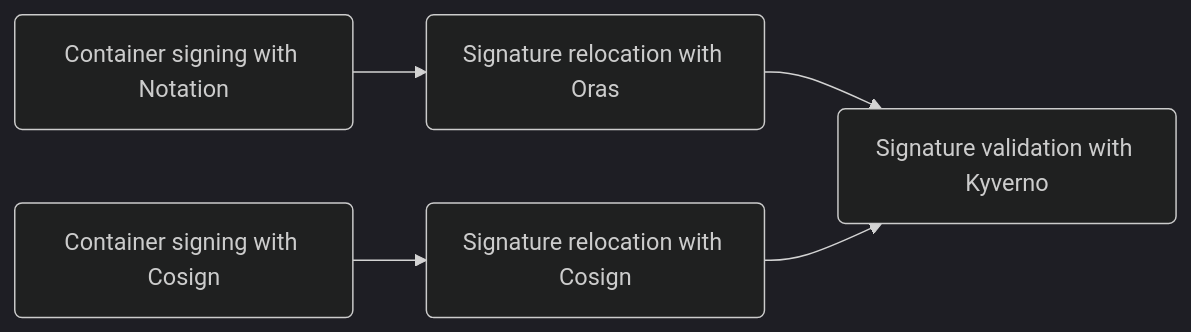
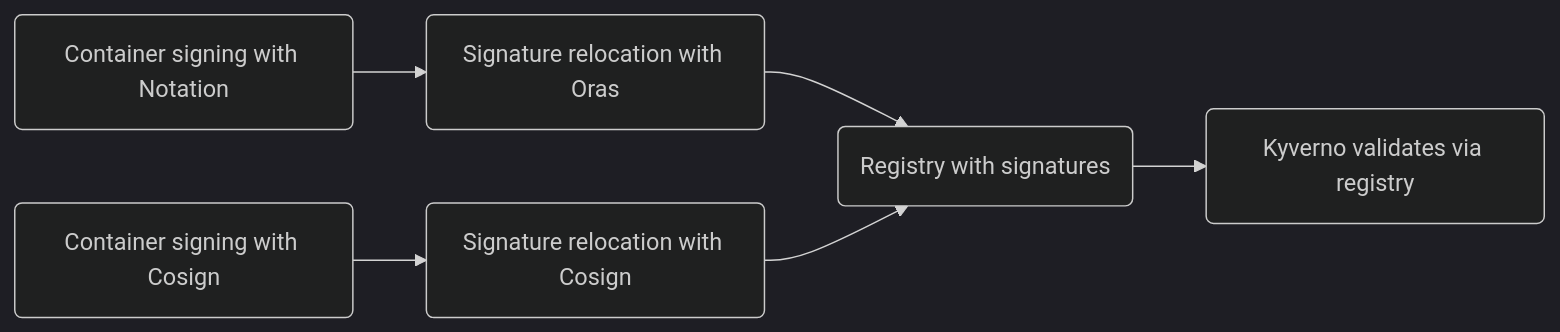
Before and after one commit to tuminoid/container-signing-poc: the first of 3 diagrams in README.md, drawn with Mermaid (dark theme). The commit also changed other lines of this file, not shown here.

First line of the commit message:
add more mermaid diagrams

````diff
--- a/README.md
+++ b/README.md
@@ -13,13 +30,15 @@
 ```mermaid
 flowchart LR
    notation(Container signing with Notation)
    oras(Signature relocation with Oras)
-   kyverno(Signature validation with Kyverno)
    cosign_signing(Container signing with Cosign)
    cosign_relocation(Signature relocation with Cosign)
+   registry(Registry with signatures)
+   kyverno(Kyverno validates via registry)
 
    notation-->oras
-   oras-->kyverno
+   oras-->registry
    cosign_signing-->cosign_relocation
-   cosign_relocation-->kyverno
+   cosign_relocation-->registry
+   registry-->kyverno
 ```
````
